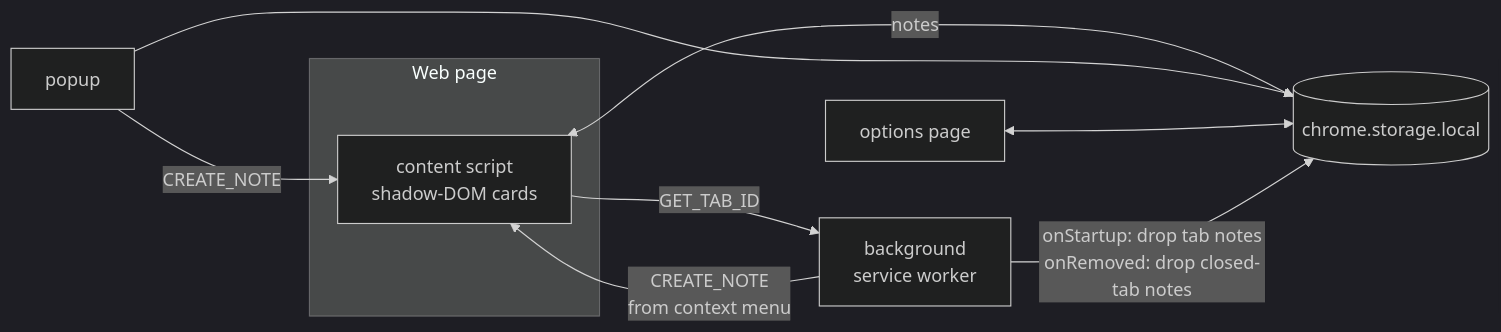
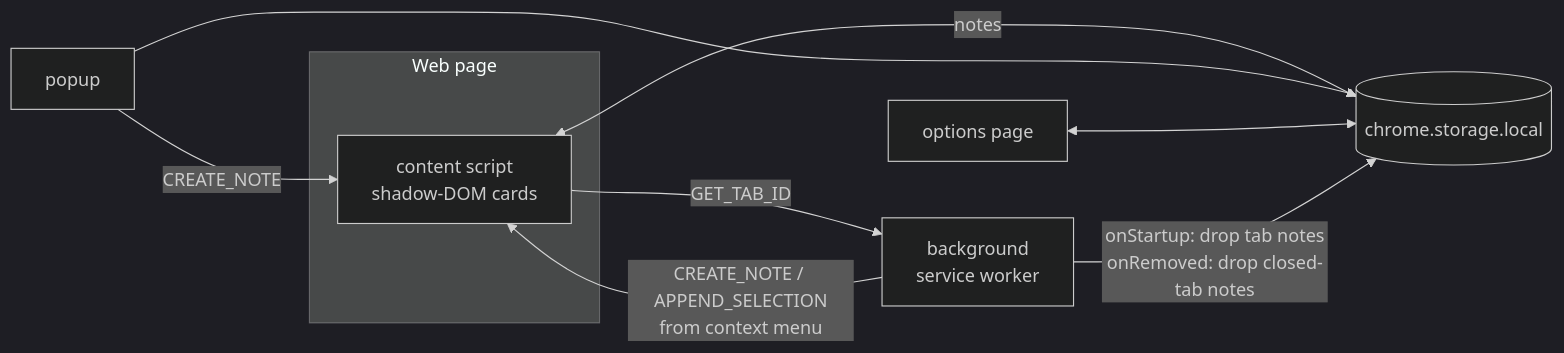
Before and after one commit to farukcan/anchored-notes: the first of 2 diagrams in README.md, drawn with Mermaid (dark theme). The commit also changed other lines of this file and 22 other files, not shown here.

First line of the commit message:
feat: add context menu to append selection to note

````diff
--- a/README.md
+++ b/README.md
@@ -35,13 +35,13 @@
 ```mermaid
 flowchart LR
   subgraph page[Web page]
     CS[content script\nshadow-DOM cards]
   end
   POP[popup] -->|CREATE_NOTE| CS
-  BG[background\nservice worker] -->|CREATE_NOTE\nfrom context menu| CS
+  BG[background\nservice worker] -->|CREATE_NOTE / APPEND_SELECTION\nfrom context menu| CS
   CS -->|GET_TAB_ID| BG
   CS <-->|notes| ST[(chrome.storage.local)]
   POP --> ST
   OPT[options page] <--> ST
   BG -->|onStartup: drop tab notes\nonRemoved: drop closed-tab notes| ST
 ```
````
